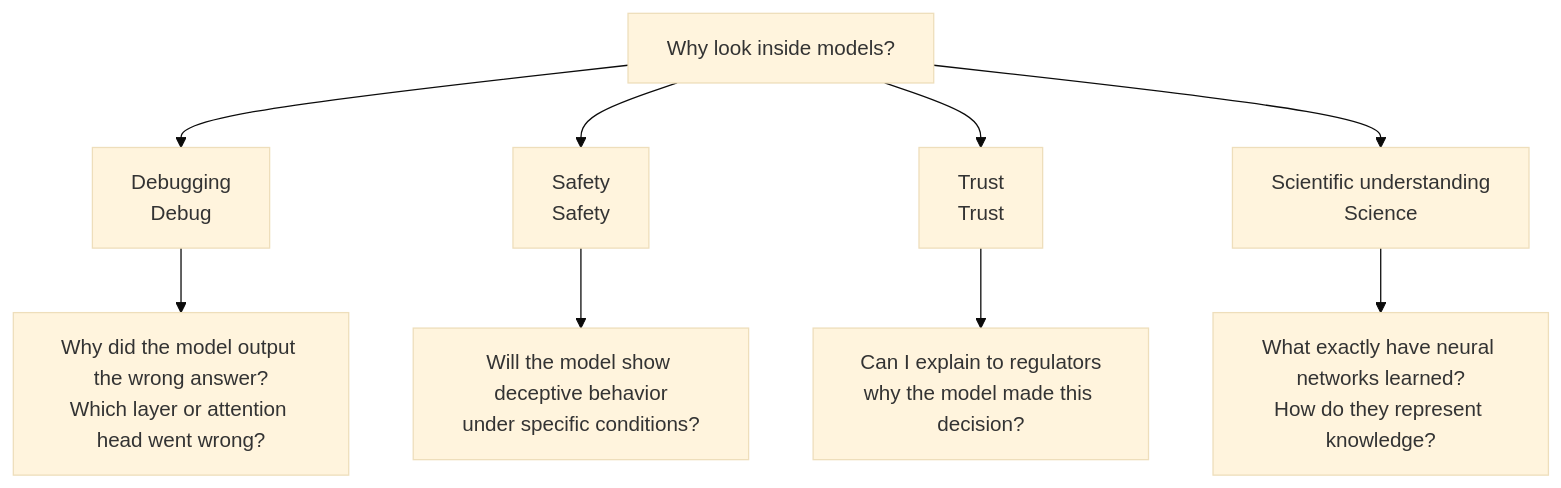
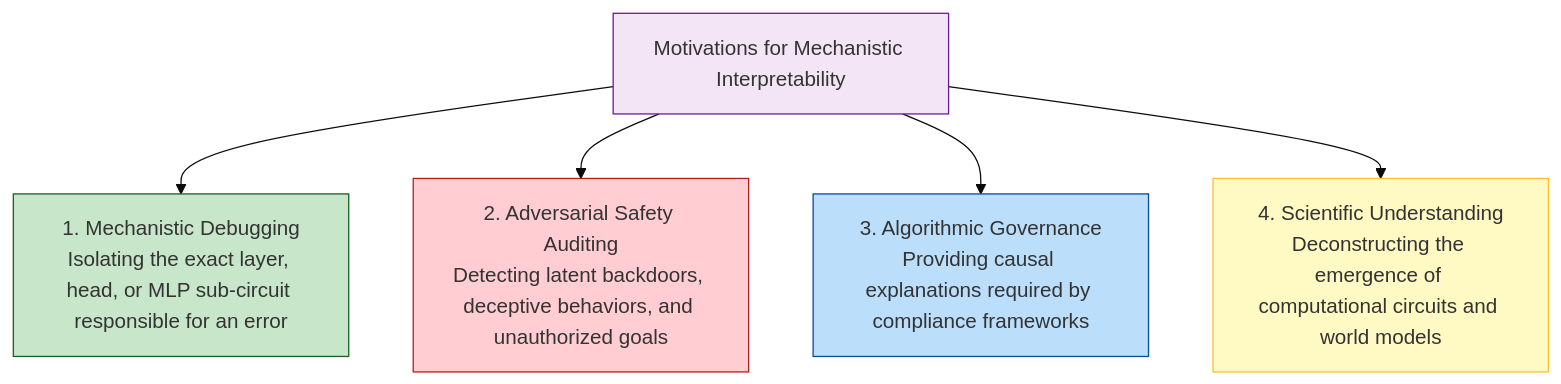
Before and after one commit to yingwang/thinking-in-llm: the second of 11 diagrams in en/chapters/13-interpretability.md, drawn with Mermaid (base theme). The commit also changed other lines of this file and 31 other files, not shown here.

````diff
--- a/en/chapters/13-interpretability.md
+++ b/en/chapters/13-interpretability.md
@@ -32,13 +40,13 @@
 ```mermaid
 graph TB
-    I["Why look inside models?"]
-    I --> A["Debugging<br/>Debug"]
-    I --> B["Safety<br/>Safety"]
-    I --> C["Trust<br/>Trust"]
-    I --> D["Scientific understanding<br/>Science"]
+    I["Motivations for Mechanistic Interpretability"] --> A["1. Mechanistic Debugging<br/>Isolating the exact layer, head, or MLP sub-circuit responsible for an error"]
+    I --> B["2. Adversarial Safety Auditing<br/>Detecting latent backdoors, deceptive behaviors, and unauthorized goals"]
+    I --> C["3. Algorithmic Governance<br/>Providing causal explanations required by compliance frameworks"]
+    I --> D["4. Scientific Understanding<br/>Deconstructing the emergence of computational circuits and world models"]
 
-    A --> A1["Why did the model output the wrong answer?<br/>Which layer or attention head went wrong?"]
-    B --> B1["Will the model show deceptive behavior<br/>under specific conditions?"]
-    C --> C1["Can I explain to regulators<br/>why the model made this decision?"]
-    D --> D1["What exactly have neural networks learned?<br/>How do they represent knowledge?"]
+    style I fill:#f3e5f5,stroke:#6a1b9a
+    style A fill:#c8e6c9,stroke:#1b5e20
+    style B fill:#ffcdd2,stroke:#b71c1c
+    style C fill:#bbdefb,stroke:#0d47a1
+    style D fill:#fff9c4,stroke:#fbc02d
 ```
````
